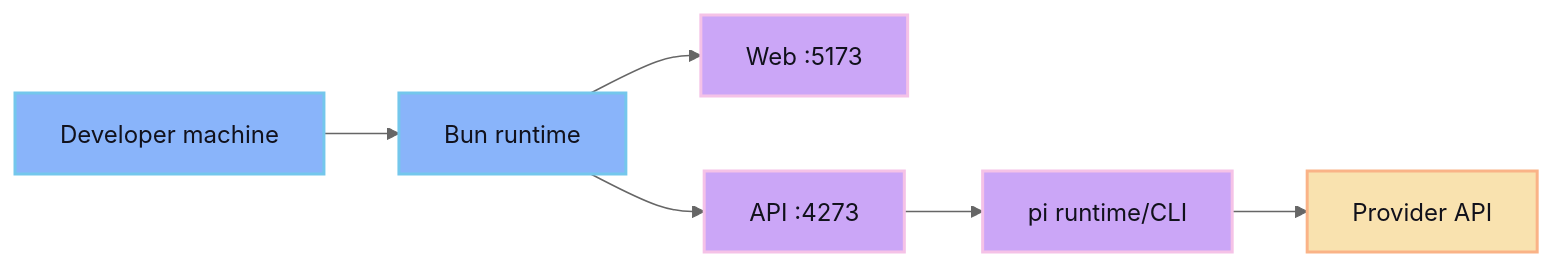
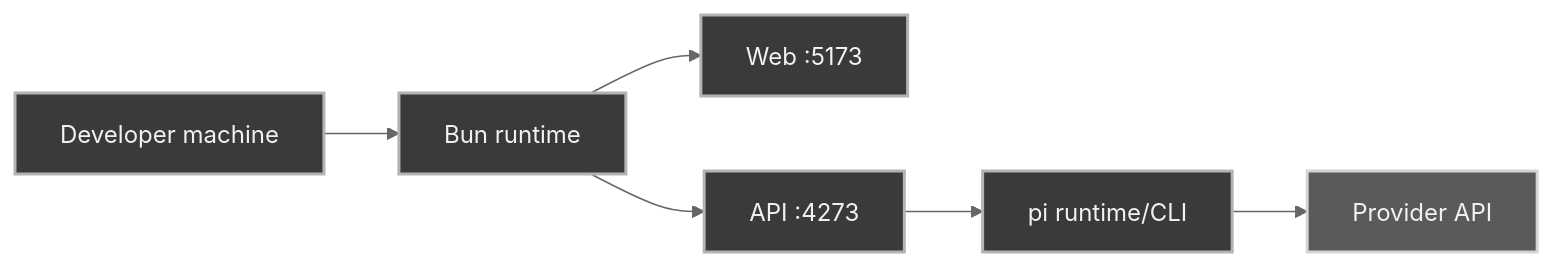
Before and after one commit to cloudboy-jh/glib-code-docs: the diagram in src/content/docs/guides/run-locally.md, drawn with Mermaid (neutral theme). The commit also changed 15 other files, not shown here.

````diff
--- a/src/content/docs/guides/run-locally.md
+++ b/src/content/docs/guides/run-locally.md
@@ -25,16 +25,16 @@
 ```mermaid
 flowchart LR
   Dev["Developer machine"] --> Bun["Bun runtime"]
   Bun --> Web["Web :5173"]
   Bun --> Server["API :4273"]
   Server --> Runtime["pi runtime/CLI"]
   Runtime --> Provider["Provider API"]
 
-  classDef local fill:#89b4fa,stroke:#74c7ec,color:#11111b,stroke-width:2px
-  classDef core fill:#cba6f7,stroke:#f5c2e7,color:#11111b,stroke-width:2px
-  classDef ext fill:#f9e2af,stroke:#fab387,color:#11111b,stroke-width:2px
+  classDef local fill:#3a3a3a,stroke:#b3b3b3,color:#f2f2f2,stroke-width:2px
+  classDef core fill:#3a3a3a,stroke:#b3b3b3,color:#f2f2f2,stroke-width:2px
+  classDef ext fill:#5a5a5a,stroke:#d4d4d4,color:#f2f2f2,stroke-width:2px
 
   class Dev,Bun local
   class Web,Server,Runtime core
   class Provider ext
 ```
````
